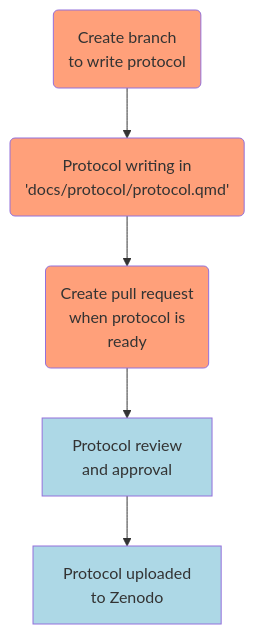
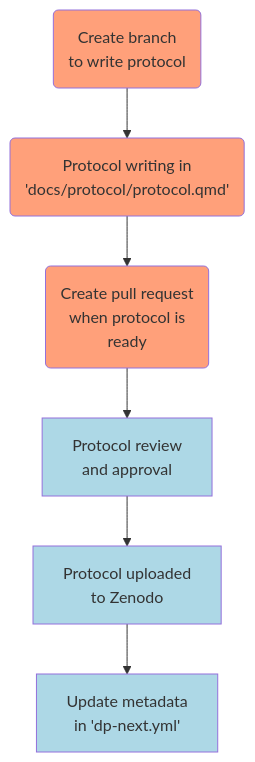
The diagram in docs/protocol/index.qmd (dp-next/guide), drawn with Mermaid before and after one commit. The commit also changed other lines of this file, not shown here.

````diff
--- a/docs/protocol/index.qmd
+++ b/docs/protocol/index.qmd
@@ -61,23 +66,24 @@
 ```{mermaid}
 %%| label: fig-research-project-protocol
 %%| fig-cap: >-
 %%|   Protocol development steps to follow for a research project. The rounded
 %%|   boxes in orange are tasks you are responsible for doing. The rectangular
 %%|   ones in light blue are for coauthors or the management to do.
 %%| fig-alt: >-
 %%|   Boxes and arrows indicating the flow of tasks from preparation to
 %%|   publication. The boxes are colored according to whether they are the
 %%|   responsibility of the authors or the committee members. These tasks are
 %%|   visual representations of the text below.
 
 graph TB
   branch("Create branch<br>to write protocol"):::yours
   write("Protocol writing in<br>'docs/protocol/protocol.qmd'"):::yours
   pr("Create pull request<br>when protocol is<br>ready"):::yours
   review["Protocol review<br>and approval"]:::ours
   zenodo["Protocol uploaded<br>to Zenodo"]:::ours
-  branch --> write --> pr --> review --> zenodo
+  update["Update metadata<br>in 'dp-next.yml'"]:::ours
+  branch --> write --> pr --> review --> zenodo --> update
 
   classDef ours fill:#ADD8E6;
   classDef yours fill:#FFA07A;
 ```
````
